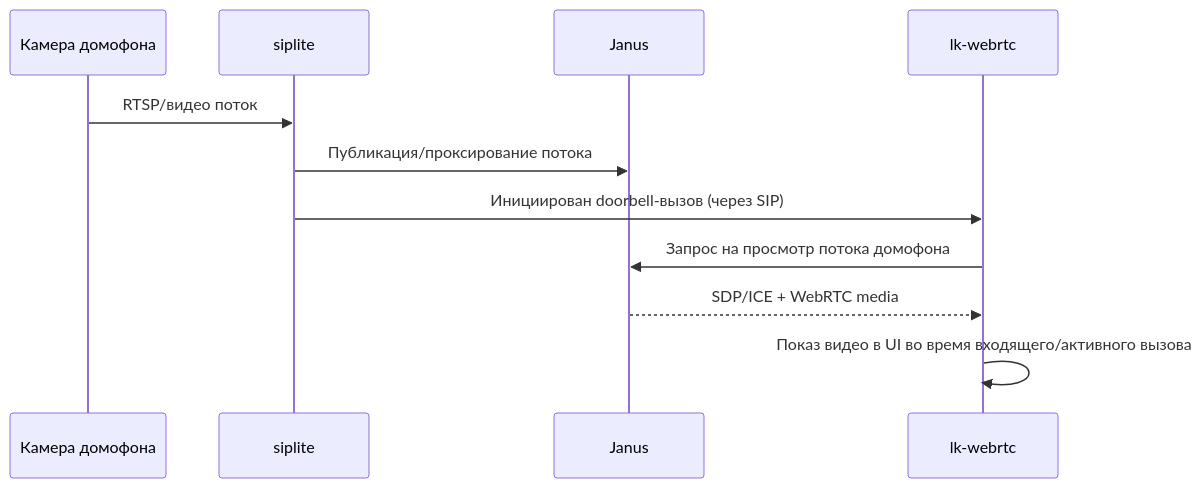
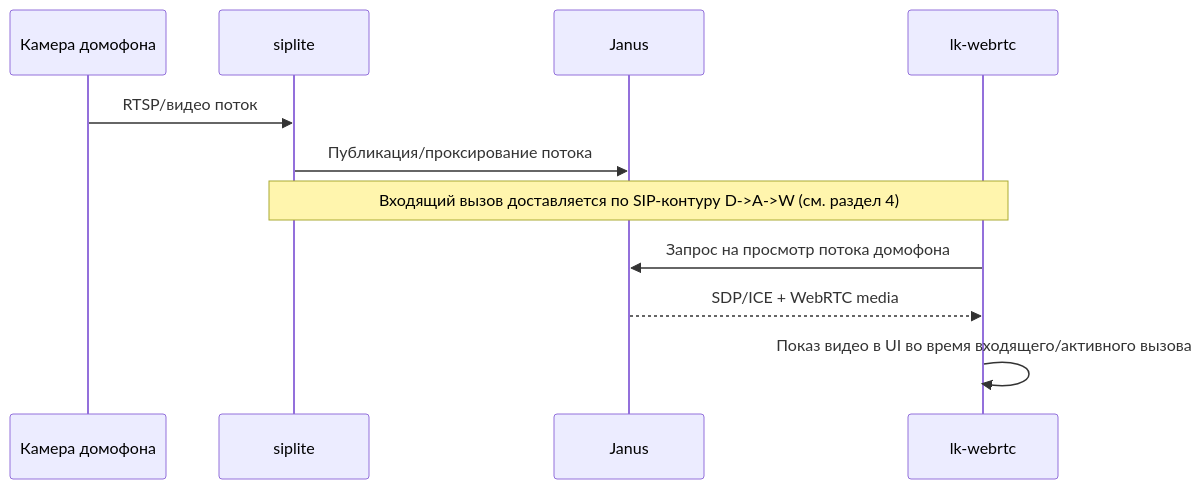
The third of 5 diagrams in docs/md/solution-presentation.md (OlegLebedevRU/lk-webrtc), drawn with Mermaid before and after one commit. The commit also changed other lines of this file, not shown here.

First line of the commit message:
docs: clarify doorbell SIP path and wording in presentation

````diff
--- a/docs/md/solution-presentation.md
+++ b/docs/md/solution-presentation.md
@@ -87,14 +87,14 @@
 ```mermaid
 sequenceDiagram
     participant Cam as Камера домофона
     participant D as siplite
     participant J as Janus
     participant W as lk-webrtc
 
     Cam->>D: RTSP/видео поток
     D->>J: Публикация/проксирование потока
-    D->>W: Инициирован doorbell-вызов (через SIP)
+    Note over D,W: Входящий вызов доставляется по SIP-контуру D->A->W (см. раздел 4)
     W->>J: Запрос на просмотр потока домофона
     J-->>W: SDP/ICE + WebRTC media
     W->>W: Показ видео в UI во время входящего/активного вызова
 ```
````
